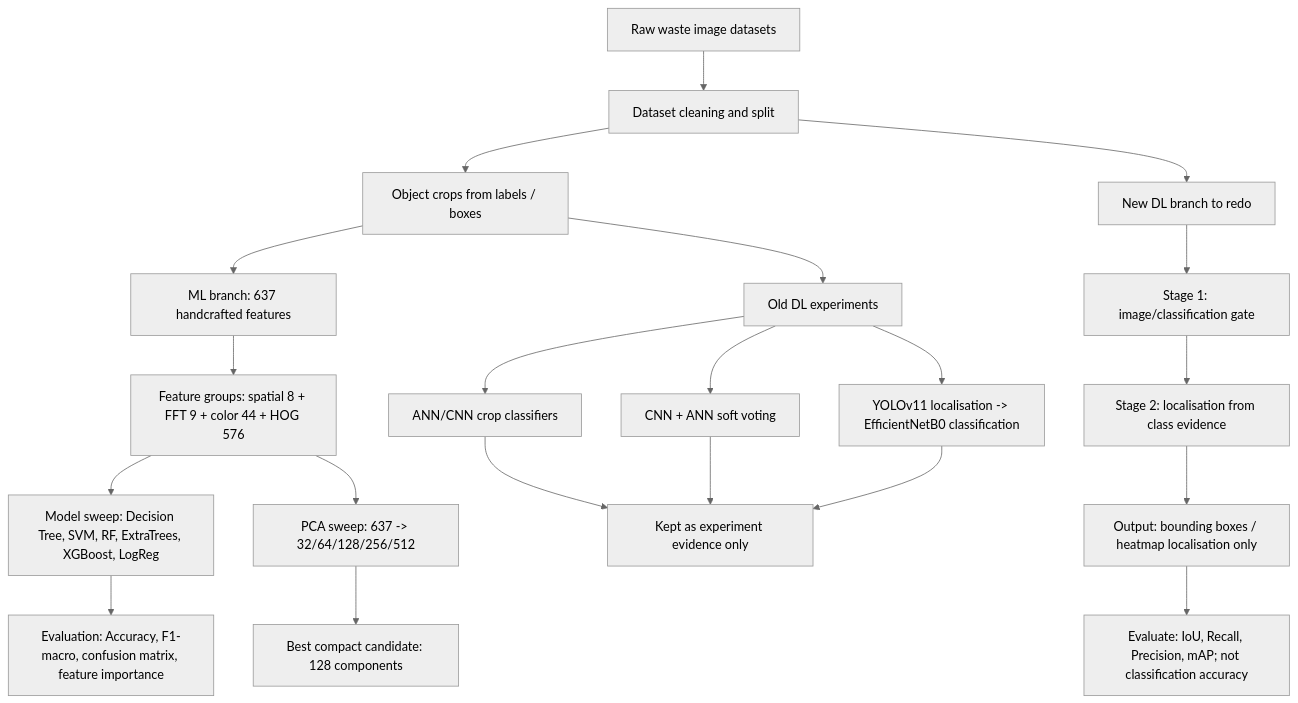
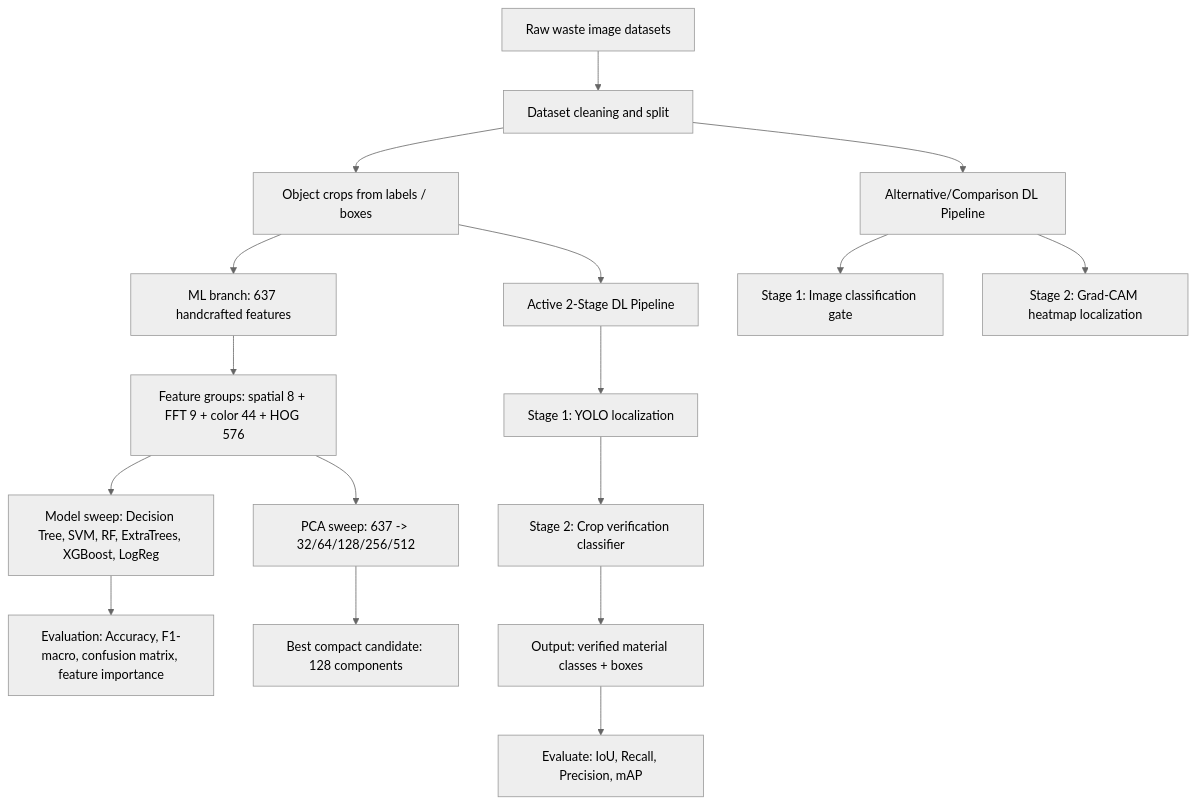
One commit to khoaph0712/Final-Year-Project-PDK changed the first of 4 diagrams in docs/01_final_report/WORKFLOW_APPROACHES_AND_DL_REWORK.md. Above: the diagram before and after it, drawn with Mermaid (neutral theme). The commit also changed other lines of this file and 432 other files, not shown here.

First line of the commit message:
feat: land yolo26 hardcase experiments, web restyle, final report docs

````diff
--- a/docs/01_final_report/WORKFLOW_APPROACHES_AND_DL_REWORK.md
+++ b/docs/01_final_report/WORKFLOW_APPROACHES_AND_DL_REWORK.md
@@ -11,26 +11,22 @@
 ```mermaid
 flowchart TD
     A["Raw waste image datasets"] --> B["Dataset cleaning and split"]
     B --> C["Object crops from labels / boxes"]
 
     C --> ML1["ML branch: 637 handcrafted features"]
     ML1 --> ML2["Feature groups: spatial 8 + FFT 9 + color 44 + HOG 576"]
     ML2 --> ML3["Model sweep: Decision Tree, SVM, RF, ExtraTrees, XGBoost, LogReg"]
     ML3 --> ML4["Evaluation: Accuracy, F1-macro, confusion matrix, feature importance"]
     ML2 --> PCA1["PCA sweep: 637 -> 32/64/128/256/512"]
     PCA1 --> PCA2["Best compact candidate: 128 components"]
 
-    C --> OLD1["Old DL experiments"]
-    OLD1 --> OLD2["ANN/CNN crop classifiers"]
-    OLD1 --> OLD3["CNN + ANN soft voting"]
-    OLD1 --> OLD4["YOLOv11 localisation -> EfficientNetB0 classification"]
-    OLD2 --> OLD5["Kept as experiment evidence only"]
-    OLD3 --> OLD5
-    OLD4 --> OLD5
+    C --> DL_ACTIVE["Active 2-Stage DL Pipeline"]
+    DL_ACTIVE --> DL_STAGE1["Stage 1: YOLO localization"]
+    DL_STAGE1 --> DL_STAGE2["Stage 2: Crop verification classifier"]
+    DL_STAGE2 --> DL_OUT["Output: verified material classes + boxes"]
+    DL_OUT --> DL_EVAL["Evaluate: IoU, Recall, Precision, mAP"]
 
-    B --> NEW1["New DL branch to redo"]
-    NEW1 --> NEW2["Stage 1: image/classification gate"]
-    NEW2 --> NEW3["Stage 2: localisation from class evidence"]
-    NEW3 --> NEW4["Output: bounding boxes / heatmap localisation only"]
-    NEW4 --> NEW5["Evaluate: IoU, Recall, Precision, mAP; not classification accuracy"]
+    B --> DL_ALT["Alternative/Comparison DL Pipeline"]
+    DL_ALT --> DL_GC1["Stage 1: Image classification gate"]
+    DL_ALT --> DL_GC2["Stage 2: Grad-CAM heatmap localization"]
 ```
````
